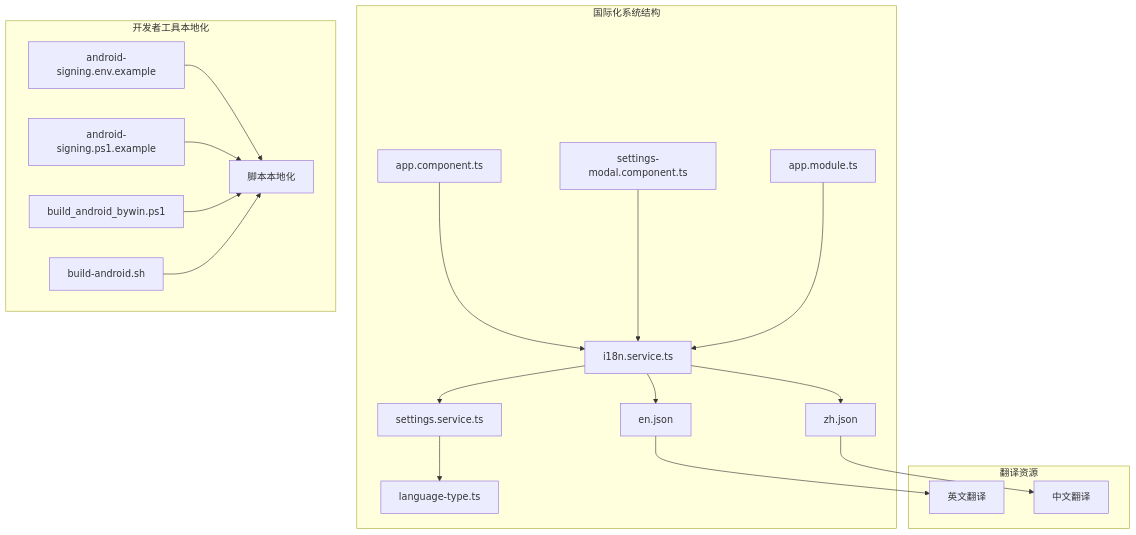
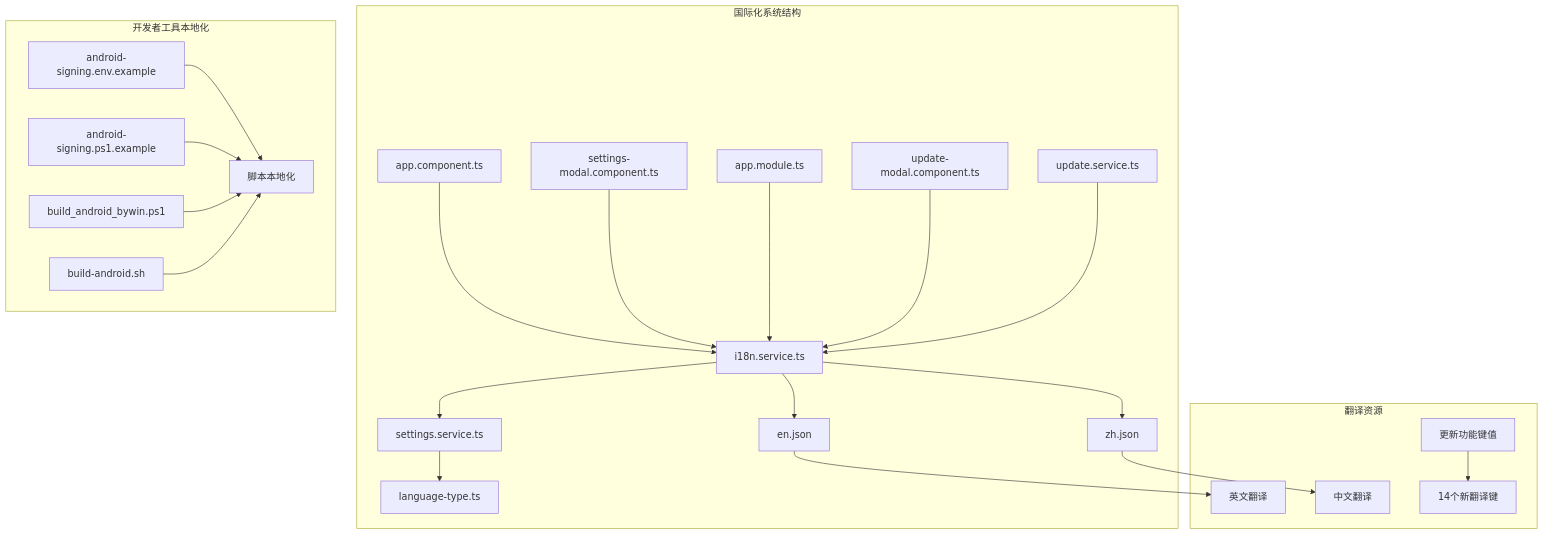
Before and after one commit to tea4go/Macro-Deck-Client-App: the first of 12 diagrams in .qoder/repowiki/zh/content/核心功能模块/国际化系统.md, drawn with Mermaid. The commit also changed other lines of this file and 37 other files, not shown here.

````diff
--- a/.qoder/repowiki/zh/content/核心功能模块/国际化系统.md
+++ b/.qoder/repowiki/zh/content/核心功能模块/国际化系统.md
@@ -55,22 +59,25 @@
 ```mermaid
 graph TB
 subgraph "国际化系统结构"
 A[i18n.service.ts] --> B[settings.service.ts]
 B --> C[language-type.ts]
 A --> D[en.json]
 A --> E[zh.json]
 F[app.component.ts] --> A
 G[settings-modal.component.ts] --> A
 H[app.module.ts] --> A
+I[update-modal.component.ts] --> A
+J[update.service.ts] --> A
 end
 subgraph "翻译资源"
-D --> I[英文翻译]
-E --> J[中文翻译]
+D --> K[英文翻译]
+E --> L[中文翻译]
+M[更新功能键值] --> N[14个新翻译键]
 end
 subgraph "开发者工具本地化"
-K[android-signing.env.example] --> L[脚本本地化]
-M[android-signing.ps1.example] --> L
-N[build_android_bywin.ps1] --> L
-O[build-android.sh] --> L
+O[android-signing.env.example] --> P[脚本本地化]
+Q[android-signing.ps1.example] --> P
+R[build_android_bywin.ps1] --> P
+S[build-android.sh] --> P
 end
 ```
````
